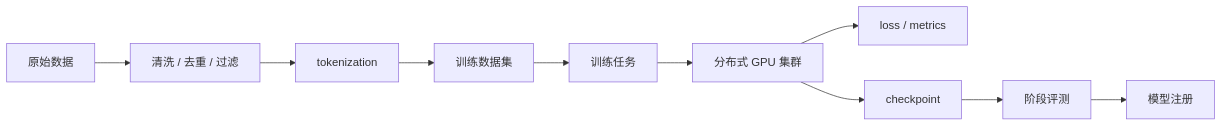
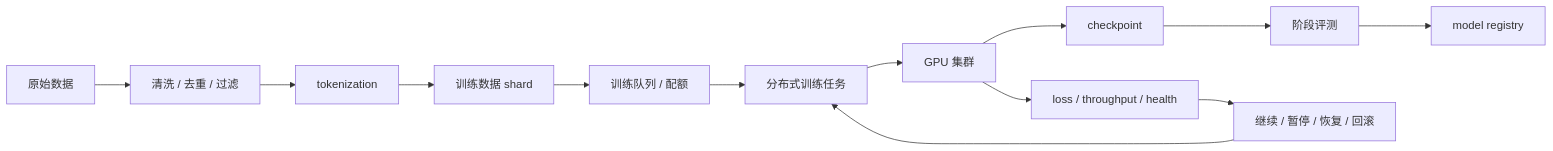
One commit to ikingye/ai-factory-engineering changed the diagram in docs/part-03-models/chapter-10-pretraining.md. Above: the diagram before and after it, drawn with Mermaid. The commit also changed other lines of this file and 5 other files, not shown here.

````diff
--- a/docs/part-03-models/chapter-10-pretraining.md
+++ b/docs/part-03-models/chapter-10-pretraining.md
@@ -23,9 +43,15 @@
 ```mermaid
 flowchart LR
-  Raw["原始数据"] --> Clean["清洗 / 去重 / 过滤"] --> Tok["tokenization"] --> Dataset["训练数据集"]
-  Dataset --> Job["训练任务"] --> GPUs["分布式 GPU 集群"]
-  GPUs --> Loss["loss / metrics"]
-  GPUs --> Ckpt["checkpoint"]
+  Raw["原始数据"] --> Clean["清洗 / 去重 / 过滤"]
+  Clean --> Tok["tokenization"]
+  Tok --> Dataset["训练数据 shard"]
+  Dataset --> Queue["训练队列 / 配额"]
+  Queue --> Job["分布式训练任务"]
+  Job --> GPU["GPU 集群"]
+  GPU --> Loss["loss / throughput / health"]
+  GPU --> Ckpt["checkpoint"]
   Ckpt --> Eval["阶段评测"]
-  Eval --> Registry["模型注册"]
+  Eval --> Registry["model registry"]
+  Loss --> Decision["继续 / 暂停 / 恢复 / 回滚"]
+  Decision --> Job
 ```
````
